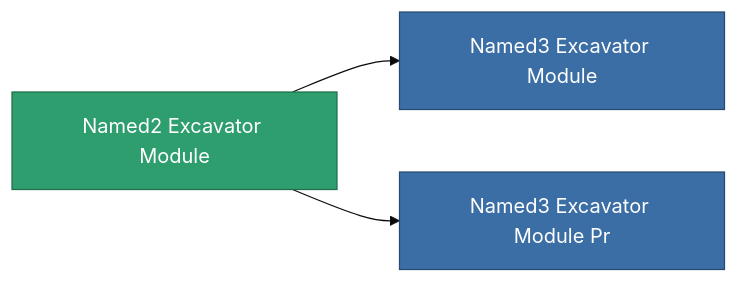
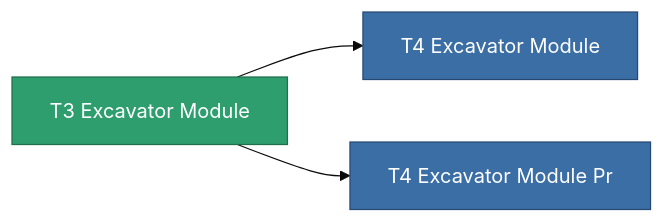
Before and after one commit to OpenPerpetuum/Wiki: the diagram in content/content/items/named2_excavator_module.md, drawn with Mermaid (base theme). The commit also changed other lines of this file and 4904 other files, not shown here.

````diff
--- a/content/content/items/named2_excavator_module.md
+++ b/content/content/items/named2_excavator_module.md
@@ -66,13 +50,13 @@
 ```mermaid
 graph LR
-    a["Named2 Excavator Module"]:::current
-    b["Named3 Excavator Module"]:::prod
+    a["T3 Excavator Module"]:::current
+    b["T4 Excavator Module"]:::prod
     a --> b
-    click b "/content/items/named3-excavator-module/" "Named3 Excavator Module"
-    c["Named3 Excavator Module Pr"]:::prod
+    click b "/content/items/named3-excavator-module/" "T4 Excavator Module"
+    c["T4 Excavator Module Pr"]:::prod
     a --> c
-    click c "/content/items/named3-excavator-module-pr/" "Named3 Excavator Module Pr"
+    click c "/content/items/named3-excavator-module-pr/" "T4 Excavator Module Pr"
     classDef current fill:#2f9e6f,stroke:#1f6f4a,color:#ffffff
     classDef prod fill:#3b6ea5,stroke:#274a75,color:#ffffff
     classDef more fill:#39445a,stroke:#54658a,color:#d5dbe8
 ```
````
